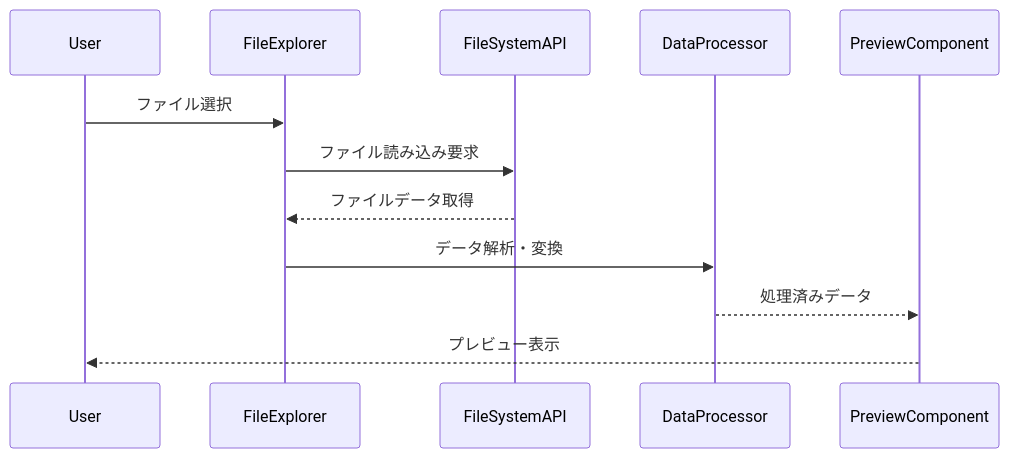
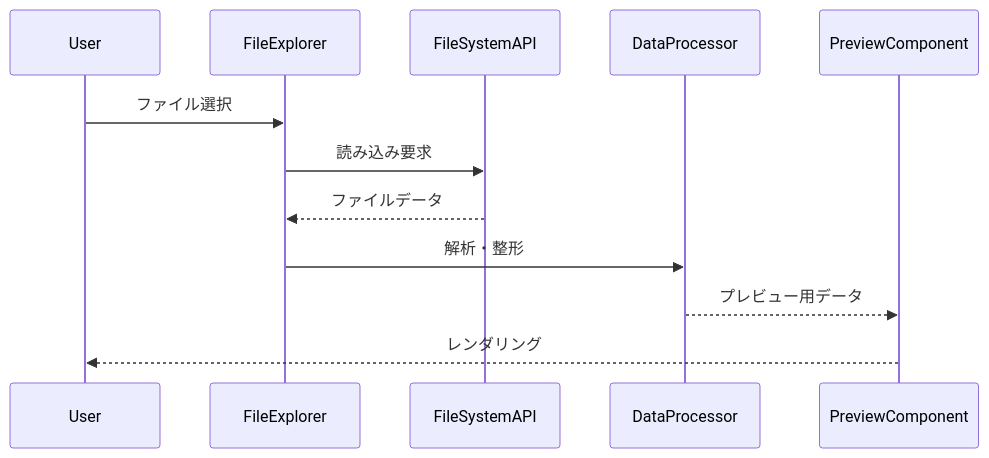
The second of 3 diagrams in docs/sequence-diagrams/README.md (junTaniguchi/ido_editor), drawn with Mermaid before and after one commit. The commit also changed other lines of this file and 23 other files, not shown here.

````diff
--- a/docs/sequence-diagrams/README.md
+++ b/docs/sequence-diagrams/README.md
@@ -67,15 +50,15 @@
-```mermaid  
+```mermaid
 sequenceDiagram
     participant User
     participant FileExplorer
     participant FileSystemAPI
     participant DataProcessor
     participant PreviewComponent
-    
+
     User->>FileExplorer: ファイル選択
-    FileExplorer->>FileSystemAPI: ファイル読み込み要求
-    FileSystemAPI-->>FileExplorer: ファイルデータ取得
-    FileExplorer->>DataProcessor: データ解析・変換
-    DataProcessor-->>PreviewComponent: 処理済みデータ
-    PreviewComponent-->>User: プレビュー表示
+    FileExplorer->>FileSystemAPI: 読み込み要求
+    FileSystemAPI-->>FileExplorer: ファイルデータ
+    FileExplorer->>DataProcessor: 解析・整形
+    DataProcessor-->>PreviewComponent: プレビュー用データ
+    PreviewComponent-->>User: レンダリング
 ```
````
